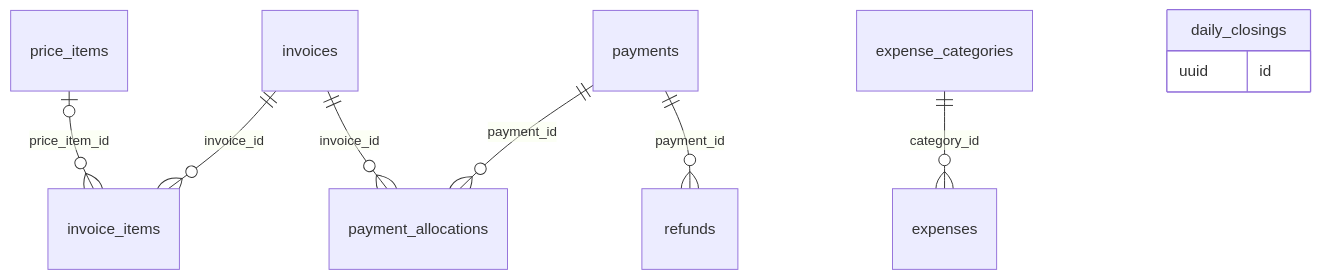
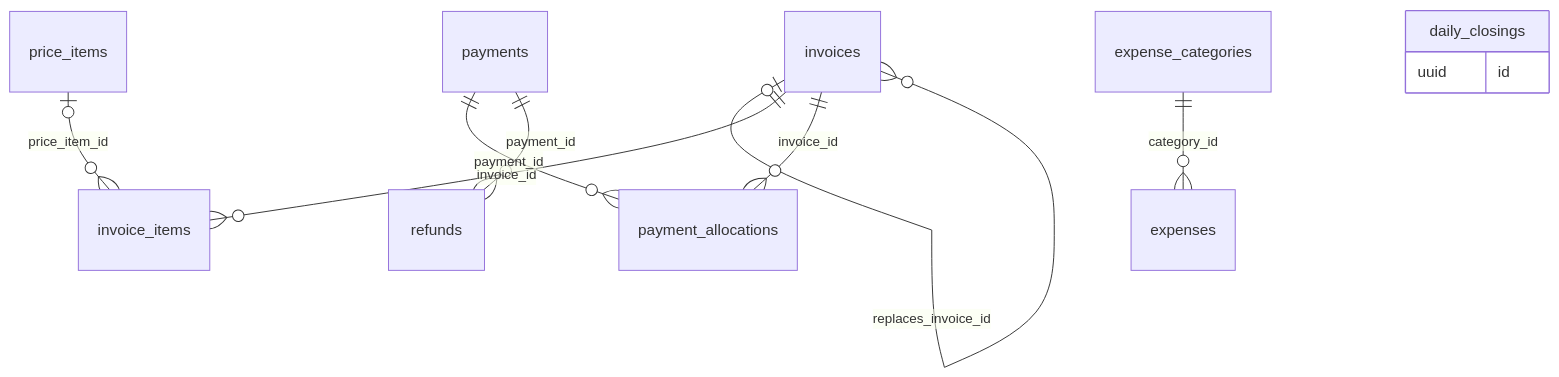
One commit to sakalyatechnologies/aarogyam changed the ninth of 13 diagrams in docs/database.md. Above: the diagram before and after it, drawn with Mermaid. The commit also changed other lines of this file and 6 other files, not shown here.

First line of the commit message:
docs(schema): apply review outcomes to the database design

````diff
--- a/docs/database.md
+++ b/docs/database.md
@@ -1535,12 +1571,13 @@
 ```mermaid
 erDiagram
+  invoices |o--o{ invoices : "replaces_invoice_id"
   invoices ||--o{ invoice_items : "invoice_id"
   price_items |o--o{ invoice_items : "price_item_id"
   payments ||--o{ payment_allocations : "payment_id"
   invoices ||--o{ payment_allocations : "invoice_id"
   payments ||--o{ refunds : "payment_id"
   expense_categories ||--o{ expenses : "category_id"
   daily_closings {
     uuid id
   }
 ```
````
